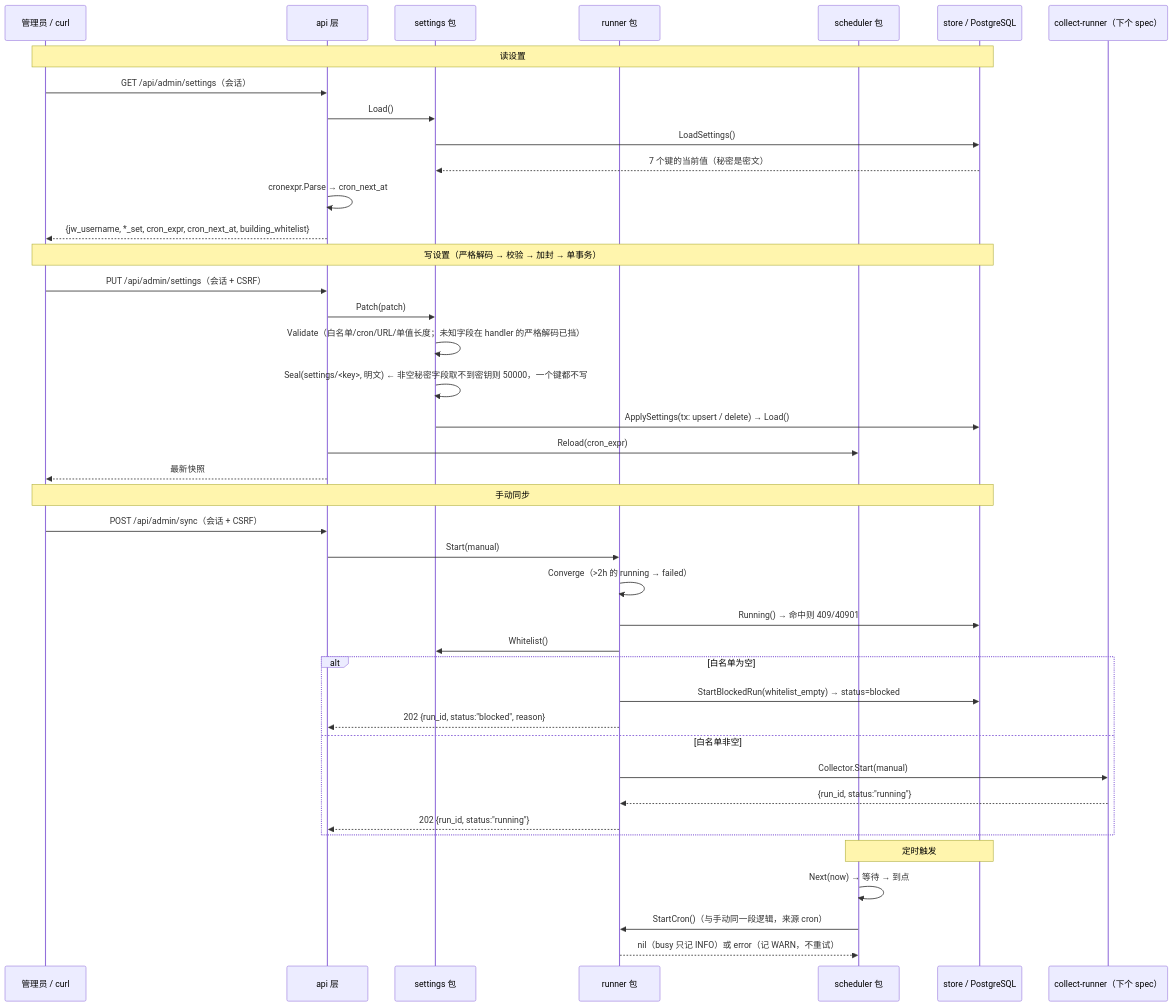
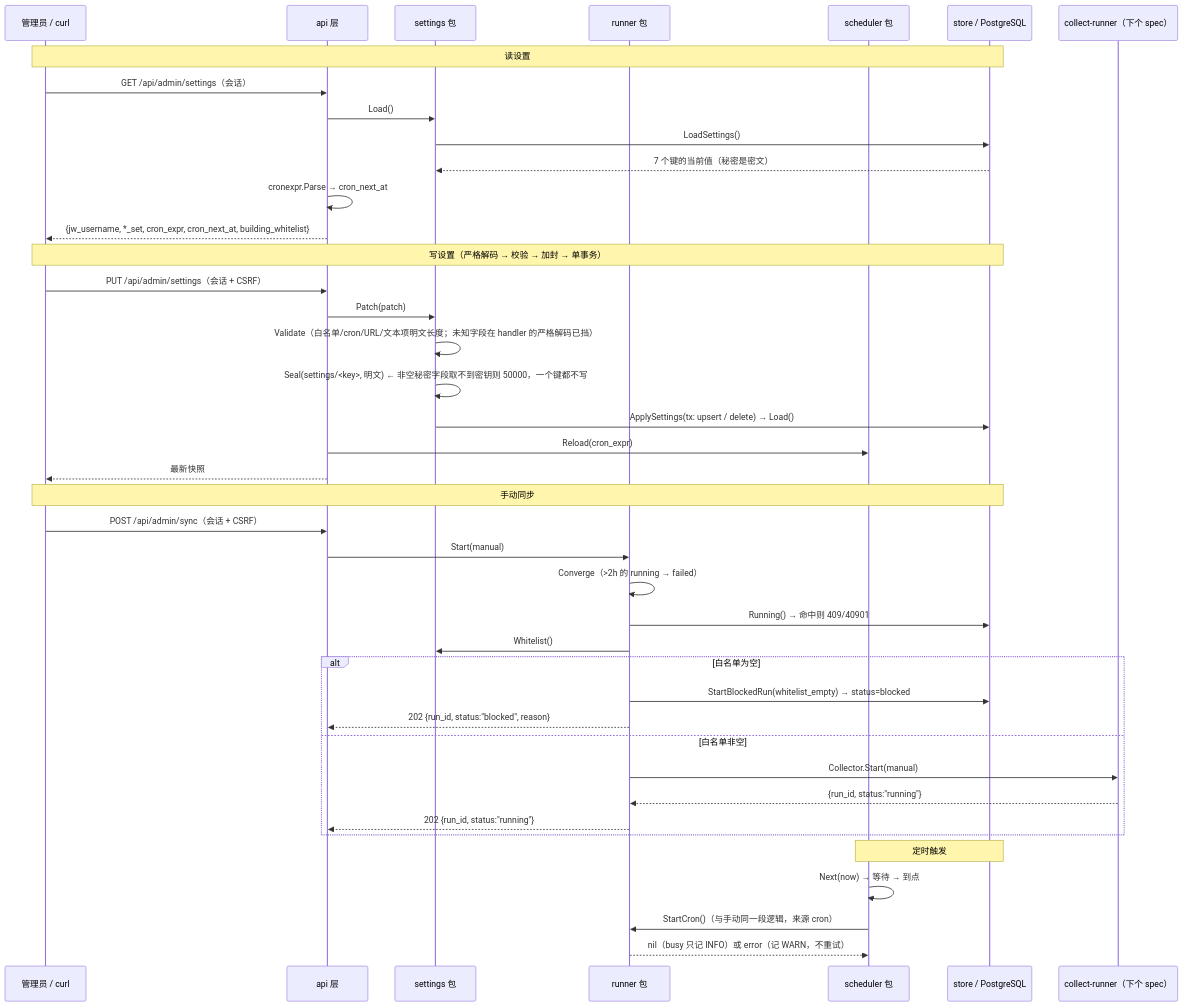
Before and after one commit to w1ndys/easy-qfnu-kjs: the diagram in specs/2026-11-08-admin-settings-sync/design.md, drawn with Mermaid. The commit also changed other lines of this file and 5 other files, not shown here.

````diff
--- a/specs/2026-11-08-admin-settings-sync/design.md
+++ b/specs/2026-11-08-admin-settings-sync/design.md
@@ -35,47 +35,47 @@
 ```mermaid
 sequenceDiagram
     participant AD as 管理员 / curl
     participant API as api 层
     participant SET as settings 包
     participant RUN as runner 包
     participant SCH as scheduler 包
     participant ST as store / PostgreSQL
     participant COL as collect-runner（下个 spec）
 
     Note over AD,ST: 读设置
     AD->>API: GET /api/admin/settings（会话）
     API->>SET: Load()
     SET->>ST: LoadSettings()
     ST-->>SET: 7 个键的当前值（秘密是密文）
     API->>API: cronexpr.Parse → cron_next_at
     API-->>AD: {jw_username, *_set, cron_expr, cron_next_at, building_whitelist}
 
     Note over AD,ST: 写设置（严格解码 → 校验 → 加封 → 单事务）
     AD->>API: PUT /api/admin/settings（会话 + CSRF）
     API->>SET: Patch(patch)
-    SET->>SET: Validate（白名单/cron/URL/单值长度；未知字段在 handler 的严格解码已挡）
+    SET->>SET: Validate（白名单/cron/URL/文本项明文长度；未知字段在 handler 的严格解码已挡）
     SET->>SET: Seal(settings/<key>, 明文)  ← 非空秘密字段取不到密钥则 50000，一个键都不写
     SET->>ST: ApplySettings(tx: upsert / delete) → Load()
     API->>SCH: Reload(cron_expr)
     API-->>AD: 最新快照
 
     Note over AD,ST: 手动同步
     AD->>API: POST /api/admin/sync（会话 + CSRF）
     API->>RUN: Start(manual)
     RUN->>RUN: Converge（>2h 的 running → failed）
     RUN->>ST: Running() → 命中则 409/40901
     RUN->>SET: Whitelist()
     alt 白名单为空
         RUN->>ST: StartBlockedRun(whitelist_empty) → status=blocked
         RUN-->>API: 202 {run_id, status:"blocked", reason}
     else 白名单非空
         RUN->>COL: Collector.Start(manual)
         COL-->>RUN: {run_id, status:"running"}
         RUN-->>API: 202 {run_id, status:"running"}
     end
 
     Note over SCH,ST: 定时触发
     SCH->>SCH: Next(now) → 等待 → 到点
     SCH->>RUN: StartCron()（与手动同一段逻辑，来源 cron）
     RUN-->>SCH: nil（busy 只记 INFO）或 error（记 WARN，不重试）
 ```
````
